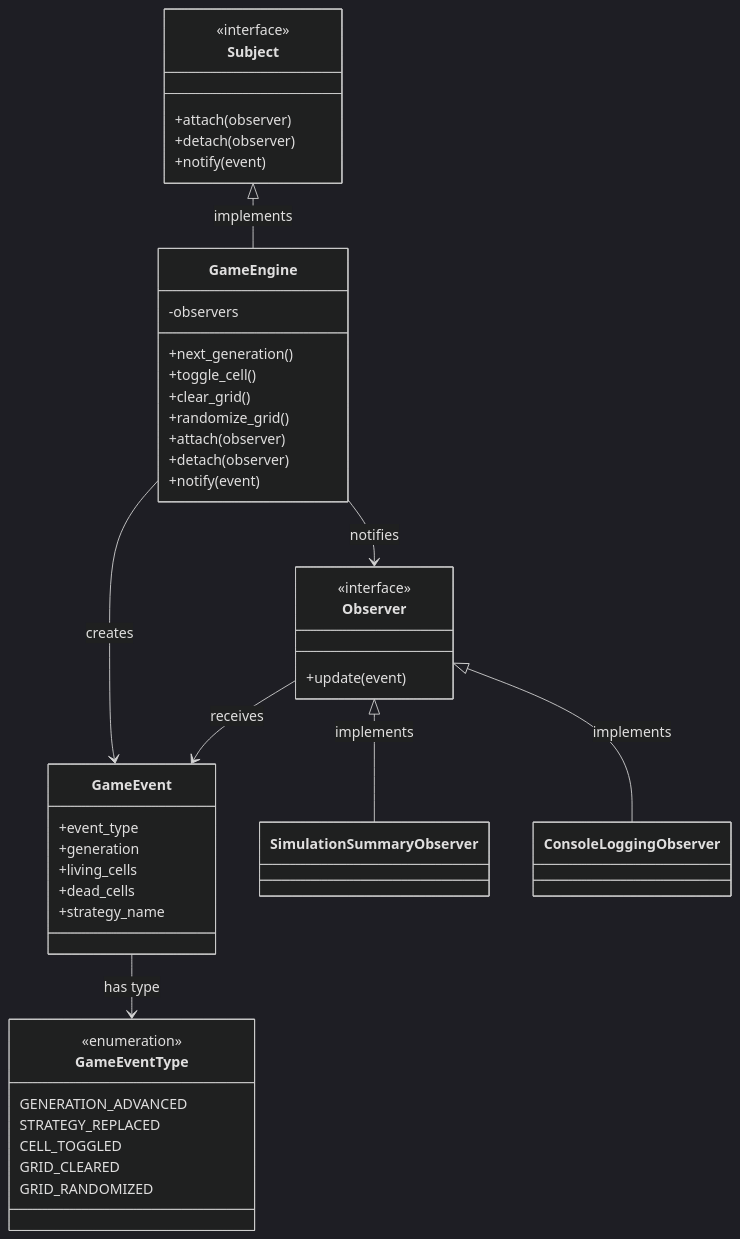
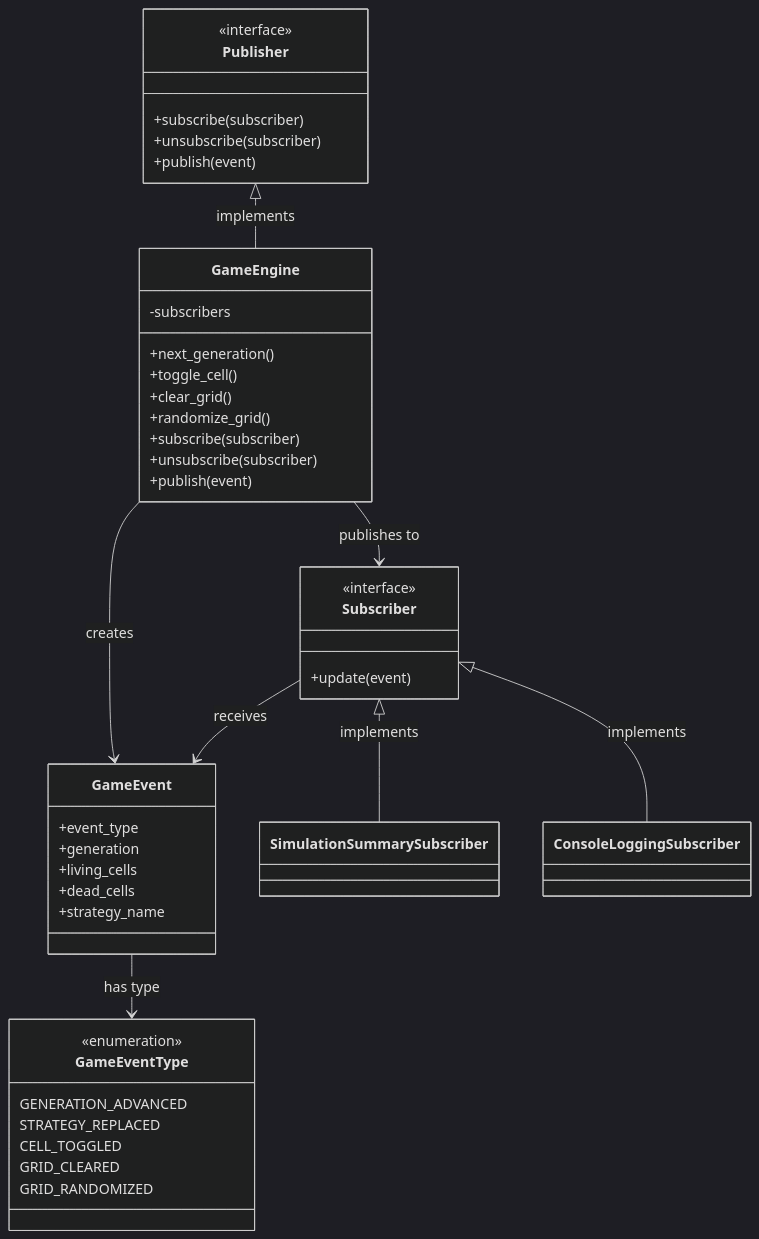
The diagram in docs/observer_diagram.md (Stentzler/game-of-life-design-patterns), drawn with Mermaid (dark theme) before and after one commit. The commit also changed 10 other files, not shown here.

````diff
--- a/docs/observer_diagram.md
+++ b/docs/observer_diagram.md
@@ -1,56 +1,56 @@
 ```mermaid
 classDiagram
-    class Subject {
+    class Publisher {
         <<interface>>
-        +attach(observer)
-        +detach(observer)
-        +notify(event)
+        +subscribe(subscriber)
+        +unsubscribe(subscriber)
+        +publish(event)
     }
 
-    class Observer {
+    class Subscriber {
         <<interface>>
         +update(event)
     }
 
     class GameEngine {
-        -observers
+        -subscribers
         +next_generation()
         +toggle_cell()
         +clear_grid()
         +randomize_grid()
-        +attach(observer)
-        +detach(observer)
-        +notify(event)
+        +subscribe(subscriber)
+        +unsubscribe(subscriber)
+        +publish(event)
     }
 
     class GameEvent {
         +event_type
         +generation
         +living_cells
         +dead_cells
         +strategy_name
     }
 
     class GameEventType {
         <<enumeration>>
         GENERATION_ADVANCED
         STRATEGY_REPLACED
         CELL_TOGGLED
         GRID_CLEARED
         GRID_RANDOMIZED
     }
 
-    class SimulationSummaryObserver {
+    class SimulationSummarySubscriber {
     }
 
-    class ConsoleLoggingObserver {
+    class ConsoleLoggingSubscriber {
     }
 
-    Subject <|-- GameEngine : implements
-    Observer <|-- SimulationSummaryObserver : implements
-    Observer <|-- ConsoleLoggingObserver : implements
-    GameEngine --> Observer : notifies
+    Publisher <|-- GameEngine : implements
+    Subscriber <|-- SimulationSummarySubscriber : implements
+    Subscriber <|-- ConsoleLoggingSubscriber : implements
+    GameEngine --> Subscriber : publishes to
     GameEngine --> GameEvent : creates
     GameEvent --> GameEventType : has type
-    Observer --> GameEvent : receives
+    Subscriber --> GameEvent : receives
 ```
````
